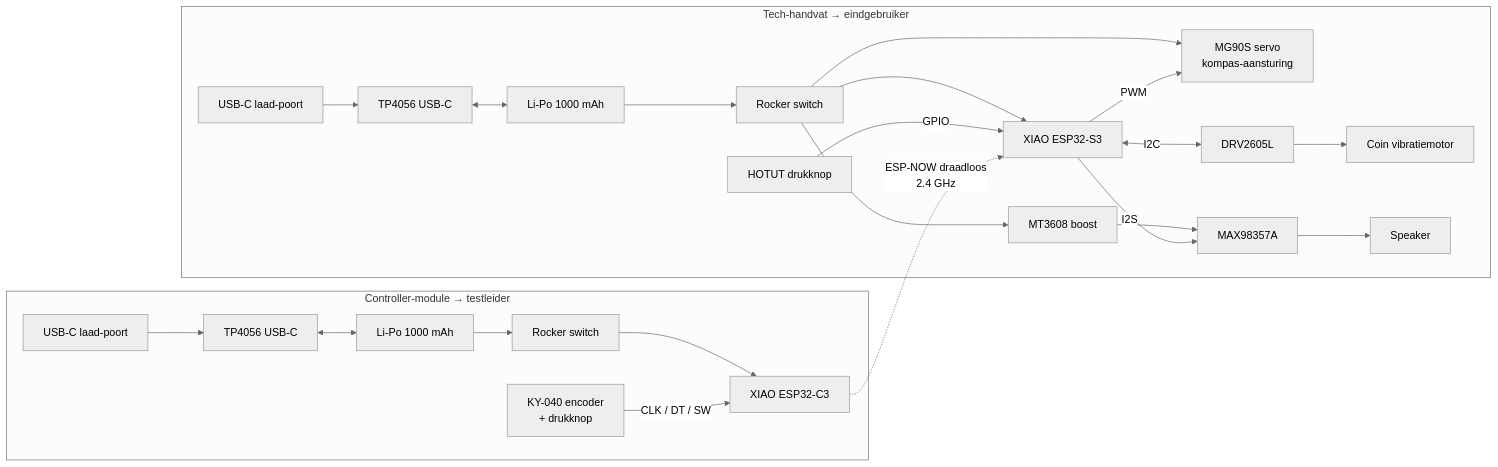
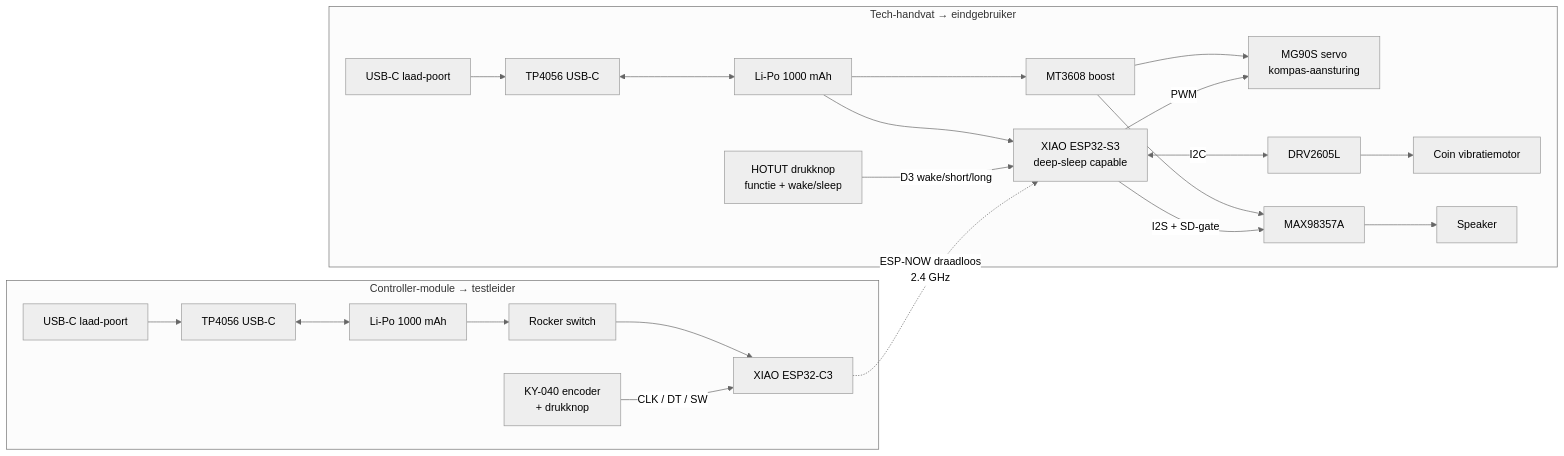
One commit to spiryns/UCD changed the first of 3 diagrams in docs/wiring.md. Above: the diagram before and after it, drawn with Mermaid (neutral theme). The commit also changed other lines of this file and 5 other files, not shown here.

Commit message:
fix(handvat): rocker-switch geschrapt (cap-geometrie); HOTUT krijgt dubbele rol via firmware (short = functie, long ge 3s = deep-sleep, druk uit sleep = EXT0 wake op RTC-GPIO 4); ~10 mA quiescent in uit-stand, ~4 dagen autonomie

````diff
--- a/docs/wiring.md
+++ b/docs/wiring.md
@@ -17,42 +17,41 @@
 ```mermaid
 flowchart LR
     subgraph CTRL["Controller-module → testleider"]
         ENC[KY-040 encoder<br/>+ drukknop]
         C3[XIAO ESP32-C3]
         BAT2[Li-Po 1000 mAh]
         TP2[TP4056 USB-C]
         SW2[Rocker switch]
         USBC2[USB-C laad-poort]
         USBC2 --> TP2
         TP2 <--> BAT2
         BAT2 --> SW2 --> C3
         ENC -->|CLK / DT / SW| C3
     end
 
     subgraph HANDLE["Tech-handvat → eindgebruiker"]
-        S3[XIAO ESP32-S3]
+        S3[XIAO ESP32-S3<br/>deep-sleep capable]
         SERVO[MG90S servo<br/>kompas-aansturing]
         DRV[DRV2605L]
         COIN[Coin vibratiemotor]
         AMP[MAX98357A]
         SPK[Speaker]
-        BTN[HOTUT drukknop]
+        BTN[HOTUT drukknop<br/>functie + wake/sleep]
         BAT1[Li-Po 1000 mAh]
         TP1[TP4056 USB-C]
-        SW1[Rocker switch]
         BOOST[MT3608 boost]
         USBC1[USB-C laad-poort]
         USBC1 --> TP1
         TP1 <--> BAT1
-        BAT1 --> SW1
-        SW1 --> S3
-        SW1 --> SERVO
-        SW1 --> BOOST --> AMP
+        BAT1 --> S3
+        BAT1 --> BOOST
+        BOOST --> SERVO
+        BOOST --> AMP
         S3 <-->|I2C| DRV --> COIN
         S3 -->|PWM| SERVO
-        S3 -->|I2S| AMP --> SPK
-        BTN -->|GPIO| S3
+        S3 -->|I2S + SD-gate| AMP --> SPK
+        BTN -->|D3 wake/short/long| S3
     end
 
     C3 -.->|ESP-NOW draadloos<br/>2.4 GHz| S3
 ```
````
